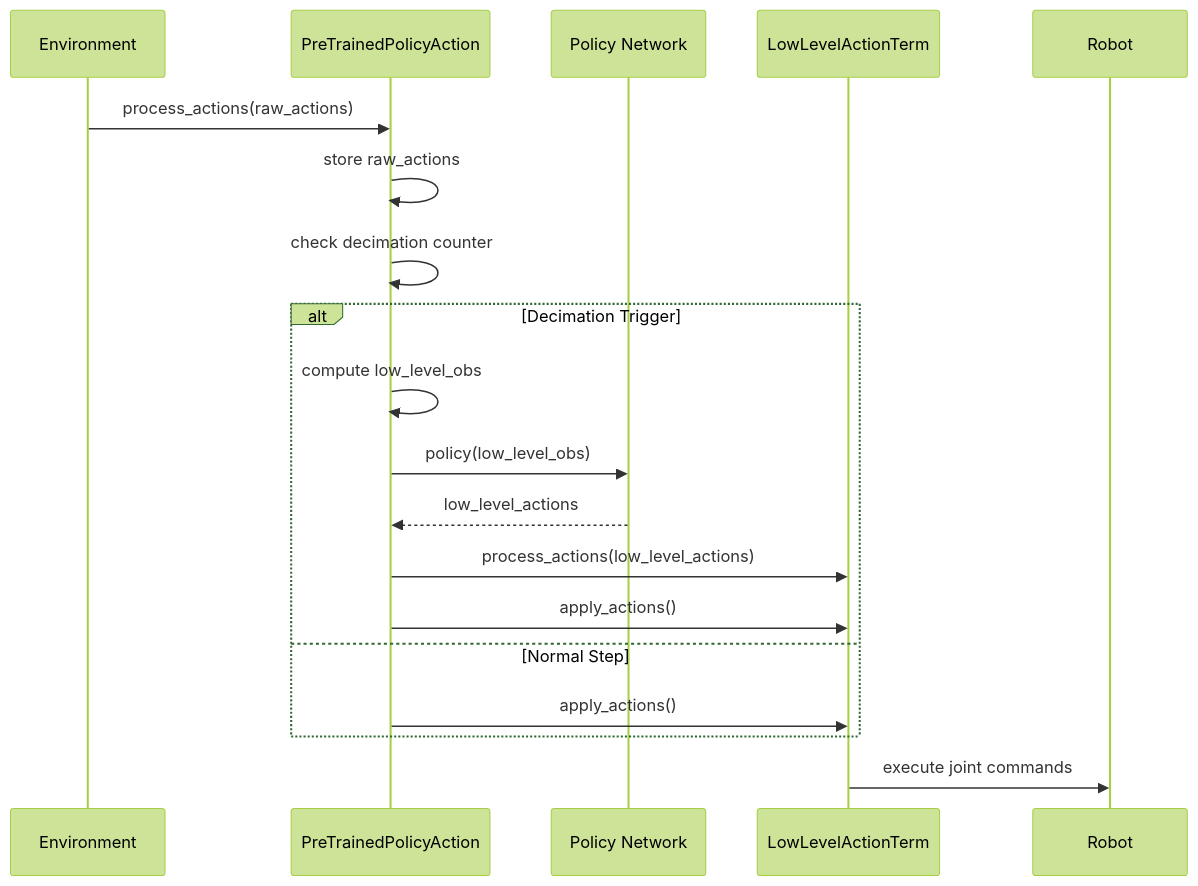
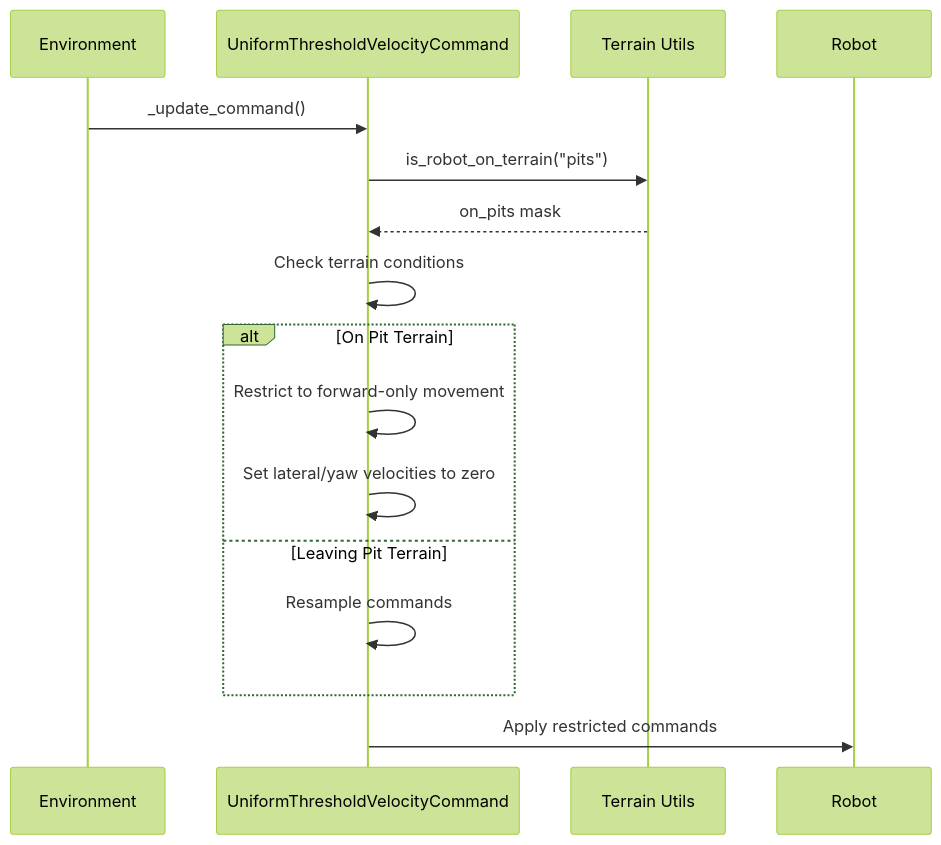
One commit to jayjayhust/robot_lab changed the third of 10 diagrams in .qoder/repowiki/en/content/Task Configuration Framework/Navigation System Overview.md. Above: the diagram before and after it, drawn with Mermaid (forest theme). The commit also changed other lines of this file and 14 other files, not shown here.

````diff
--- a/.qoder/repowiki/en/content/Task Configuration Framework/Navigation System Overview.md
+++ b/.qoder/repowiki/en/content/Task Configuration Framework/Navigation System Overview.md
@@ -133,21 +169,18 @@
 ```mermaid
 sequenceDiagram
 participant ENV as Environment
-participant PTAP as PreTrainedPolicyAction
-participant POL as Policy Network
-participant LLAT as LowLevelActionTerm
+participant CMD as UniformThresholdVelocityCommand
+participant UTIL as Terrain Utils
 participant ROBOT as Robot
-ENV->>PTAP : process_actions(raw_actions)
-PTAP->>PTAP : store raw_actions
-PTAP->>PTAP : check decimation counter
-alt Decimation Trigger
-PTAP->>PTAP : compute low_level_obs
-PTAP->>POL : policy(low_level_obs)
-POL-->>PTAP : low_level_actions
-PTAP->>LLAT : process_actions(low_level_actions)
-PTAP->>LLAT : apply_actions()
-else Normal Step
-PTAP->>LLAT : apply_actions()
+ENV->>CMD : _update_command()
+CMD->>UTIL : is_robot_on_terrain("pits")
+UTIL-->>CMD : on_pits mask
+CMD->>CMD : Check terrain conditions
+alt On Pit Terrain
+CMD->>CMD : Restrict to forward-only movement
+CMD->>CMD : Set lateral/yaw velocities to zero
+else Leaving Pit Terrain
+CMD->>CMD : Resample commands
 end
-LLAT->>ROBOT : execute joint commands
+CMD->>ROBOT : Apply restricted commands
 ```
````
